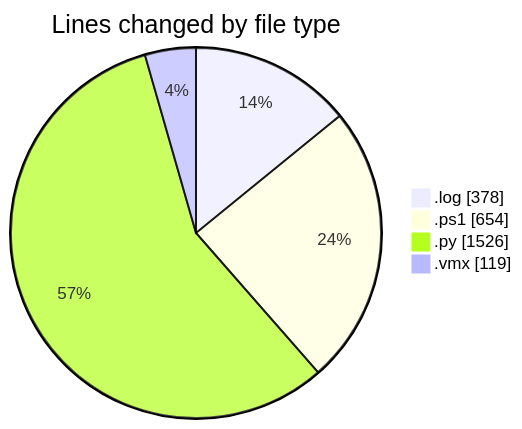
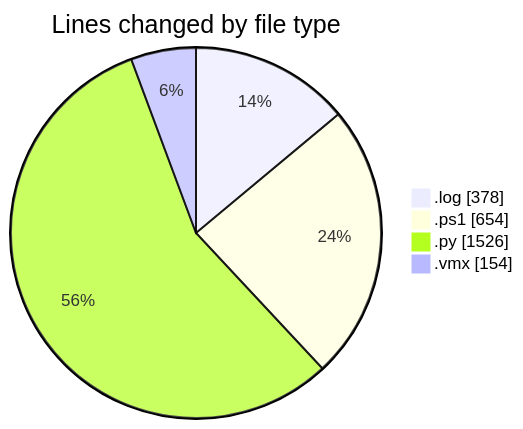
Before and after one commit to shibass792/code-tracking: the first of 2 diagrams in 2026-07-08/twenty_versions_aminor/README.md, drawn with Mermaid. The commit also changed other lines of this file and 1 other file, not shown here.

````diff
--- a/2026-07-08/twenty_versions_aminor/README.md
+++ b/2026-07-08/twenty_versions_aminor/README.md
@@ -26,8 +26,8 @@
 ```mermaid
 pie showData
 title Lines changed by file type
 ".log" : 378
 ".ps1" : 654
 ".py" : 1526
-".vmx" : 119
+".vmx" : 154
 ```
````
